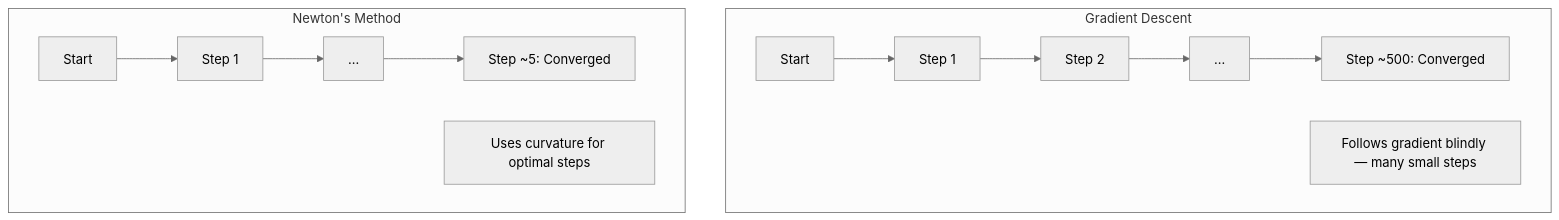
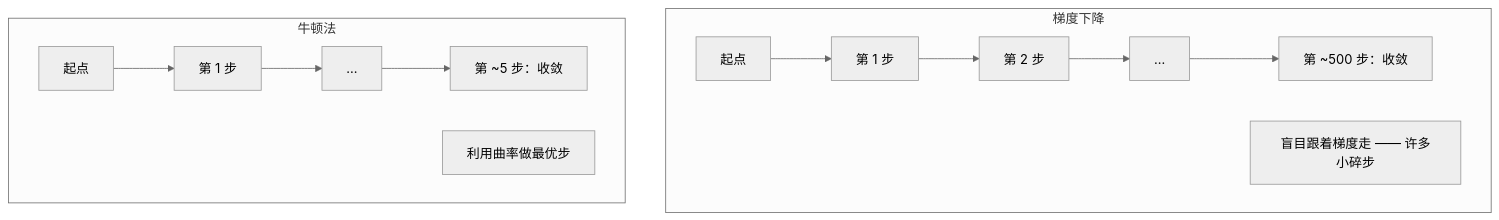
The second of 4 diagrams in phases/01-math-foundations/18-convex-optimization/docs/zh.md (alessandrodinisio-ai/ai-engineering-learning-framework), drawn with Mermaid (neutral theme) before and after one commit. The commit also changed other lines of this file and 120 other files, not shown here.

First line of the commit message:
i18n(mermaid): 337 个 mermaid 图表标签中文化

````diff
--- a/phases/01-math-foundations/18-convex-optimization/docs/zh.md
+++ b/phases/01-math-foundations/18-convex-optimization/docs/zh.md
@@ -170,16 +170,16 @@
 ```mermaid
 graph TD
-    subgraph "Gradient Descent"
-        GD1["Start"] --> GD2["Step 1"]
-        GD2 --> GD3["Step 2"]
+    subgraph "梯度下降"
+        GD1["起点"] --> GD2["第 1 步"]
+        GD2 --> GD3["第 2 步"]
         GD3 --> GD4["..."]
-        GD4 --> GD5["Step ~500: Converged"]
-        GD_note["Follows gradient blindly — many small steps"]
+        GD4 --> GD5["第 ~500 步：收敛"]
+        GD_note["盲目跟着梯度走 —— 许多小碎步"]
     end
-    subgraph "Newton's Method"
-        NM1["Start"] --> NM2["Step 1"]
+    subgraph "牛顿法"
+        NM1["起点"] --> NM2["第 1 步"]
         NM2 --> NM3["..."]
-        NM3 --> NM4["Step ~5: Converged"]
-        NM_note["Uses curvature for optimal steps"]
+        NM3 --> NM4["第 ~5 步：收敛"]
+        NM_note["利用曲率做最优步"]
     end
 ```
````
